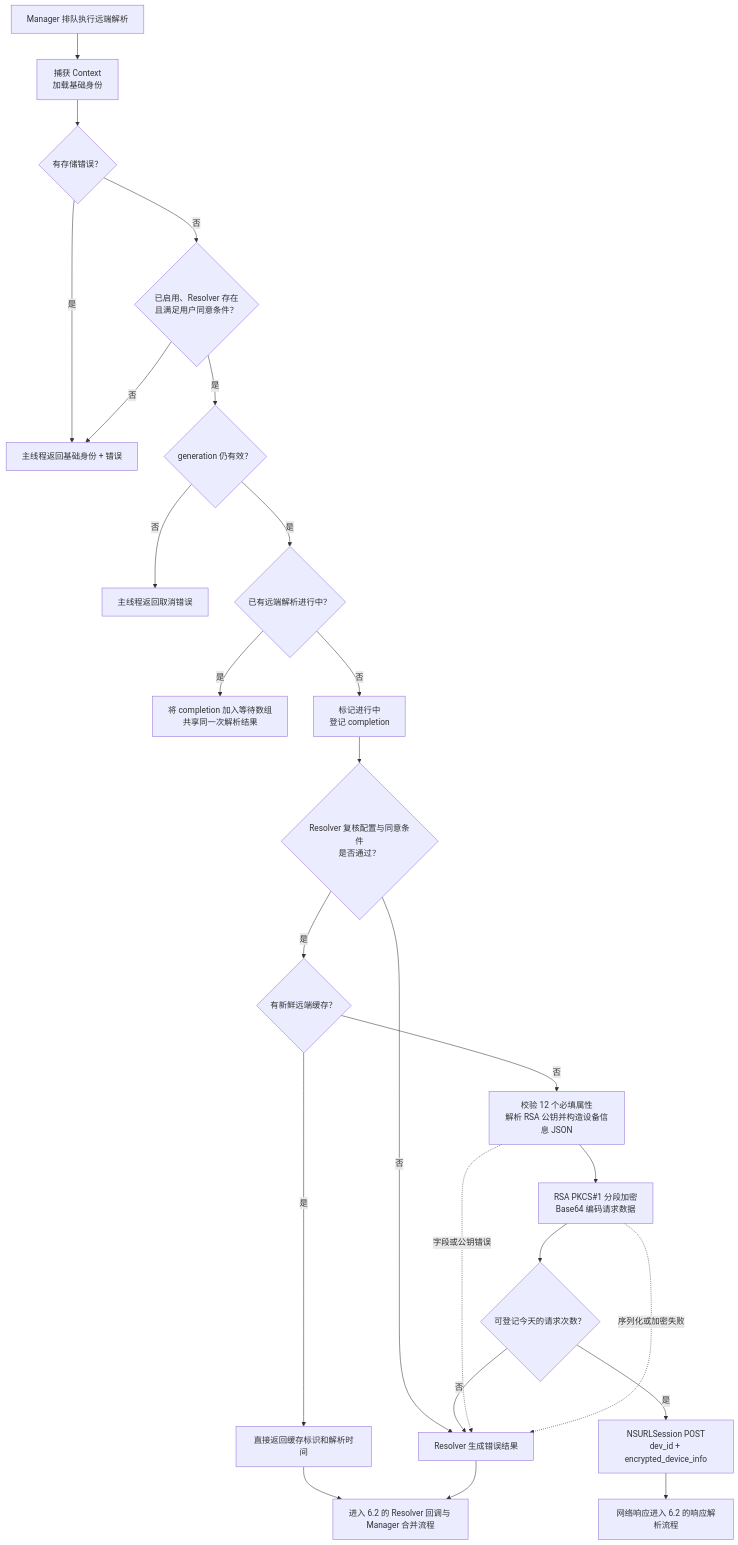
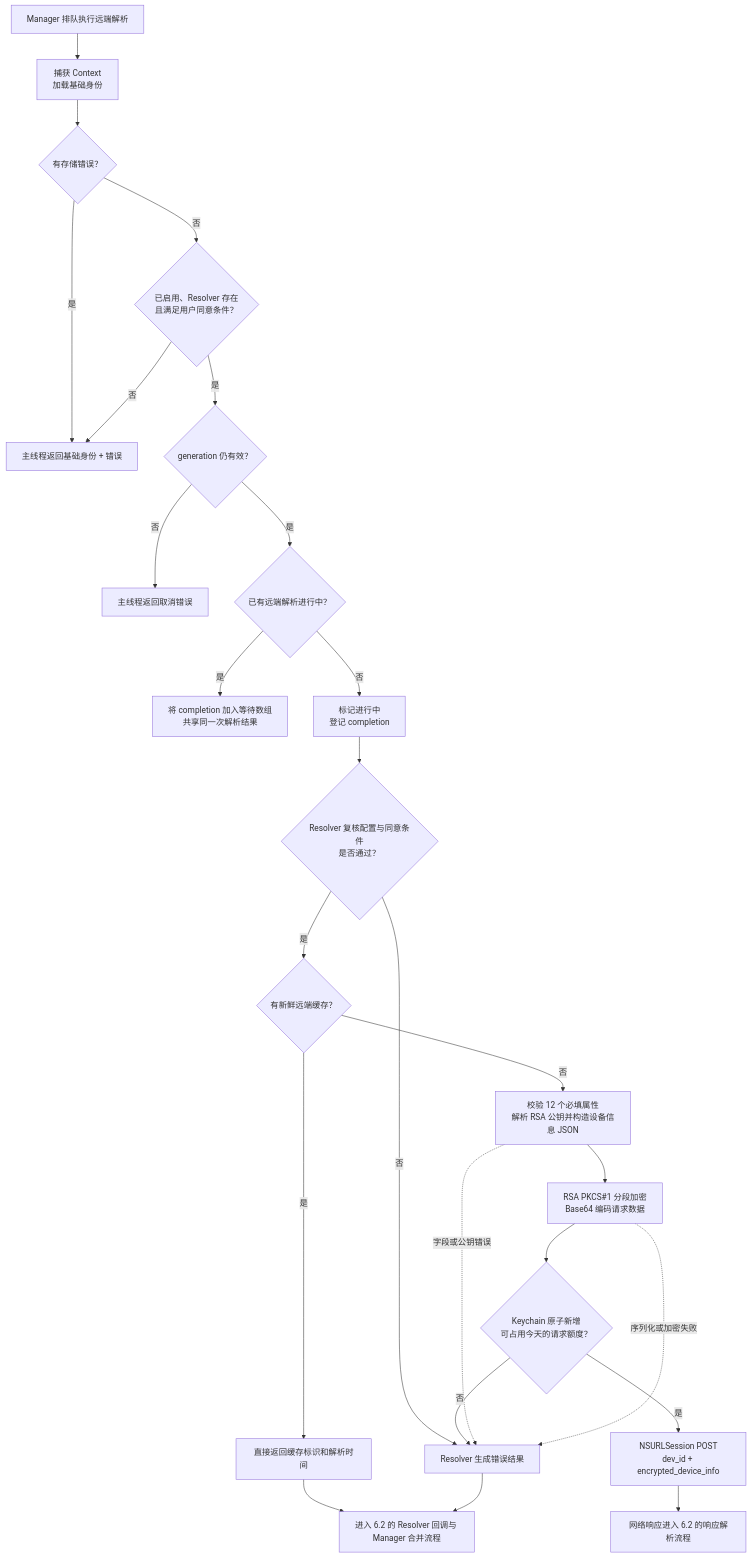
One commit to shanbozhu/TestOC changed the eighth of 14 diagrams in PBCrossAppUniqueDeviceIdentifier/Docs/FeatureFlows.md. Above: the diagram before and after it, drawn with Mermaid. The commit also changed other lines of this file and 7 other files, not shown here.

````diff
--- a/PBCrossAppUniqueDeviceIdentifier/Docs/FeatureFlows.md
+++ b/PBCrossAppUniqueDeviceIdentifier/Docs/FeatureFlows.md
@@ -214,27 +221,27 @@
 ```mermaid
 flowchart TD
     Start["Manager 排队执行远端解析"] --> Base["捕获 Context<br/>加载基础身份"]
     Base --> Storage{"有存储错误？"}
     Storage -->|是| ReturnError["主线程返回基础身份 + 错误"]
     Storage -->|否| Allowed{"已启用、Resolver 存在<br/>且满足用户同意条件？"}
     Allowed -->|否| ReturnError
     Allowed -->|是| Generation{"generation 仍有效？"}
     Generation -->|否| Cancel["主线程返回取消错误"]
     Generation -->|是| Inflight{"已有远端解析进行中？"}
     Inflight -->|是| Join["将 completion 加入等待数组<br/>共享同一次解析结果"]
     Inflight -->|否| Mark["标记进行中<br/>登记 completion"]
     Mark --> Validate{"Resolver 复核配置与同意条件<br/>是否通过？"}
     Validate -->|否| ResolverError["Resolver 生成错误结果"]
     Validate -->|是| Fresh{"有新鲜远端缓存？"}
     Fresh -->|是| Cached["直接返回缓存标识和解析时间"]
     Fresh -->|否| Prepare["校验 12 个必填属性<br/>解析 RSA 公钥并构造设备信息 JSON"]
     Prepare --> Encrypt["RSA PKCS#1 分段加密<br/>Base64 编码请求数据"]
-    Encrypt --> Limit{"可登记今天的请求次数？"}
+    Encrypt --> Limit{"Keychain 原子新增<br/>可占用今天的请求额度？"}
     Limit -->|否| ResolverError
     Limit -->|是| Request["NSURLSession POST<br/>dev_id + encrypted_device_info"]
     Prepare -. "字段或公钥错误" .-> ResolverError
     Encrypt -. "序列化或加密失败" .-> ResolverError
     Cached --> Result["进入 6.2 的 Resolver 回调与 Manager 合并流程"]
     ResolverError --> Result
     Request --> Response["网络响应进入 6.2 的响应解析流程"]
 ```
````
